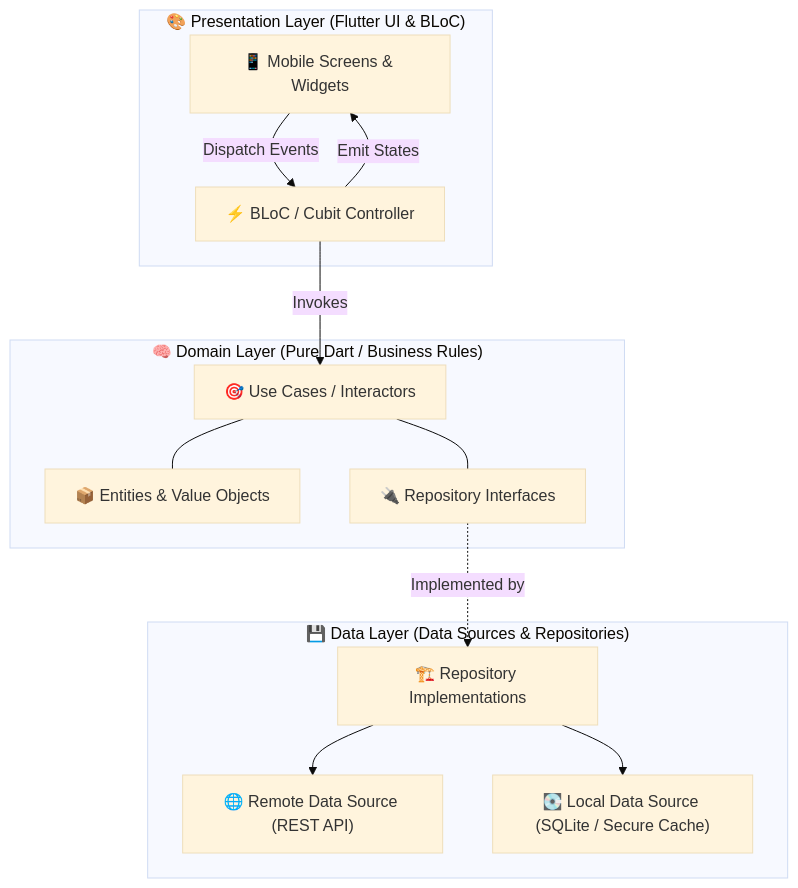
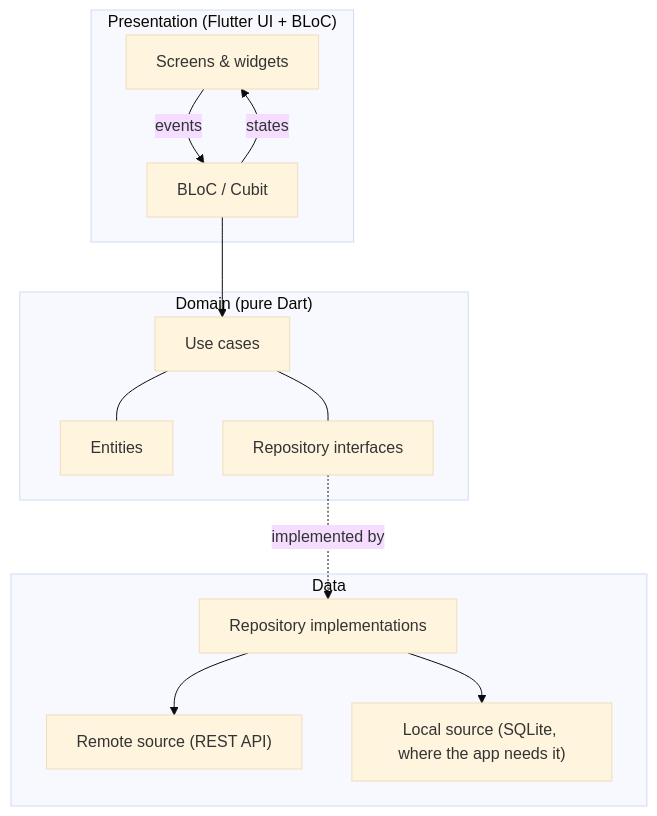
Before and after one commit to Theeraphat-S/portfolio-web: the diagram in README.md, drawn with Mermaid (base theme). The commit also changed other lines of this file, not shown here.

````diff
--- a/README.md
+++ b/README.md
@@ -56,20 +68,20 @@
 ```mermaid
 flowchart TD
-    subgraph UI_Layer["🎨 Presentation Layer (Flutter UI & BLoC)"]
-        V["📱 Mobile Screens & Widgets"] -->|Dispatch Events| B["⚡ BLoC / Cubit Controller"]
-        B -->|Emit States| V
+    subgraph Presentation["Presentation (Flutter UI + BLoC)"]
+        V["Screens & widgets"] -->|events| B["BLoC / Cubit"]
+        B -->|states| V
     end
 
-    subgraph Domain_Layer["🧠 Domain Layer (Pure Dart / Business Rules)"]
-        UC["🎯 Use Cases / Interactors"] --- E["📦 Entities & Value Objects"]
-        UC --- IR["🔌 Repository Interfaces"]
+    subgraph Domain["Domain (pure Dart)"]
+        UC["Use cases"] --- E["Entities"]
+        UC --- IR["Repository interfaces"]
     end
 
-    subgraph Data_Layer["💾 Data Layer (Data Sources & Repositories)"]
-        R["🏗️ Repository Implementations"] --> RDS["🌐 Remote Data Source (REST API)"]
-        R --> LDS["💽 Local Data Source (SQLite / Secure Cache)"]
+    subgraph Data["Data"]
+        R["Repository implementations"] --> RDS["Remote source (REST API)"]
+        R --> LDS["Local source (SQLite, where the app needs it)"]
     end
 
-    B -->|Invokes| UC
-    IR -.->|Implemented by| R
+    B --> UC
+    IR -.->|implemented by| R
 ```
````
